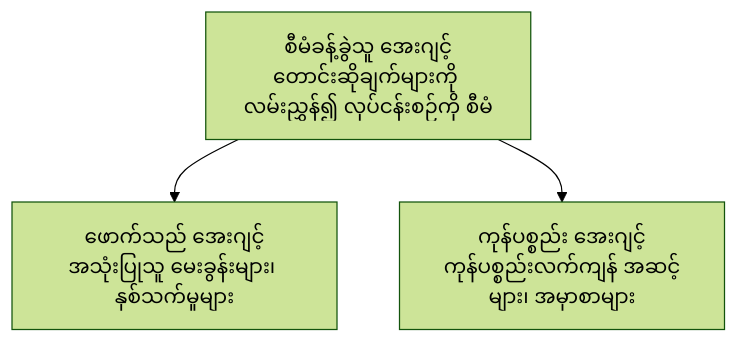
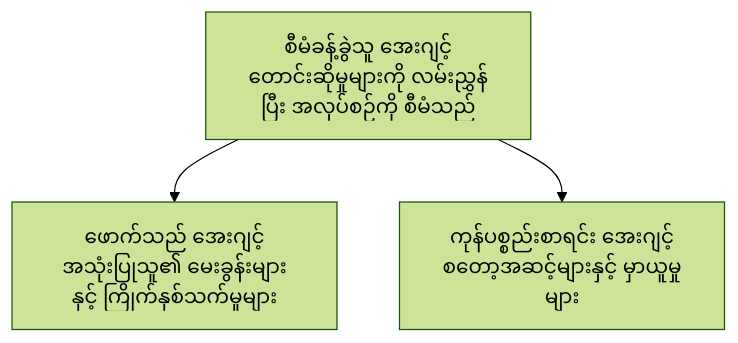
One commit to microsoft/AZD-for-beginners changed the diagram in translations/my/docs/chapter-05-multi-agent/README.md. Above: the diagram before and after it, drawn with Mermaid (forest theme). The commit also changed other lines of this file and 104 other files, not shown here.

````diff
--- a/translations/my/docs/chapter-05-multi-agent/README.md
+++ b/translations/my/docs/chapter-05-multi-agent/README.md
@@ -52,5 +54,5 @@
 ```mermaid
 graph TD
-    Orchestrator[စီမံခန့်ခွဲသူ အေးဂျင့်<br/>တောင်းဆိုချက်များကို လမ်းညွှန်၍ လုပ်ငန်းစဉ်ကို စီမံ] --> Customer[ဖောက်သည် အေးဂျင့်<br/>အသုံးပြုသူ မေးခွန်းများ၊ နှစ်သက်မှုများ]
-    Orchestrator --> Inventory[ကုန်ပစ္စည်း အေးဂျင့်<br/>ကုန်ပစ္စည်းလက်ကျန် အဆင့်များ၊ အမှာစာများ]
+    Orchestrator[စီမံခန့်ခွဲသူ အေးဂျင့်<br/>တောင်းဆိုမှုများကို လမ်းညွှန်ပြီး အလုပ်စဉ်ကို စီမံသည်] --> Customer[ဖောက်သည် အေးဂျင့်<br/>အသုံးပြုသူ၏ မေးခွန်းများနှင့် ကြိုက်နှစ်သက်မှုများ]
+    Orchestrator --> Inventory[ကုန်ပစ္စည်းစာရင်း အေးဂျင့်<br/>စတော့အဆင့်များနှင့် မှာယူမှုများ]
 ```
````
